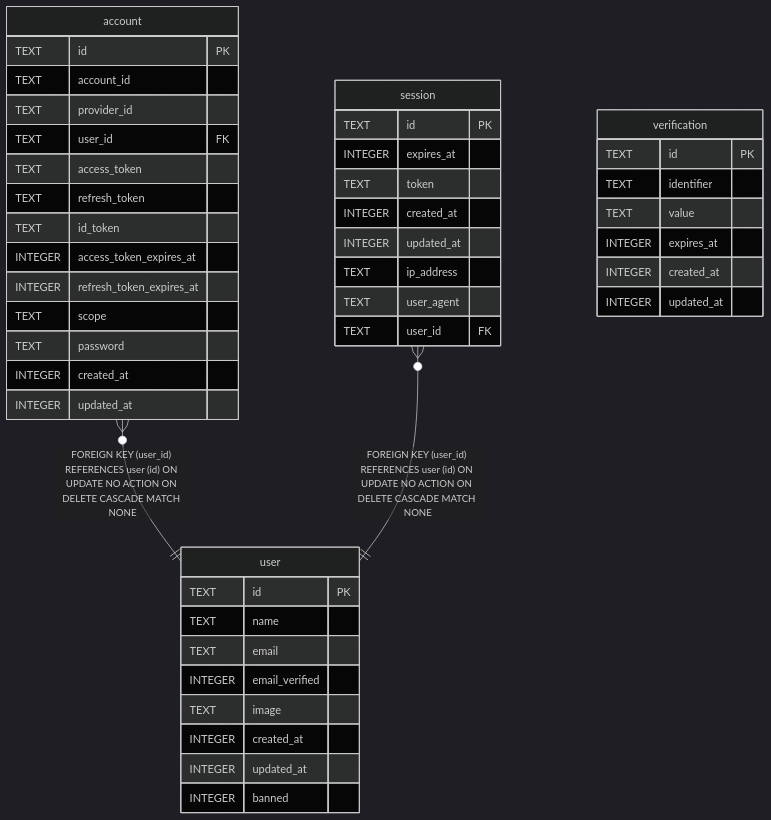
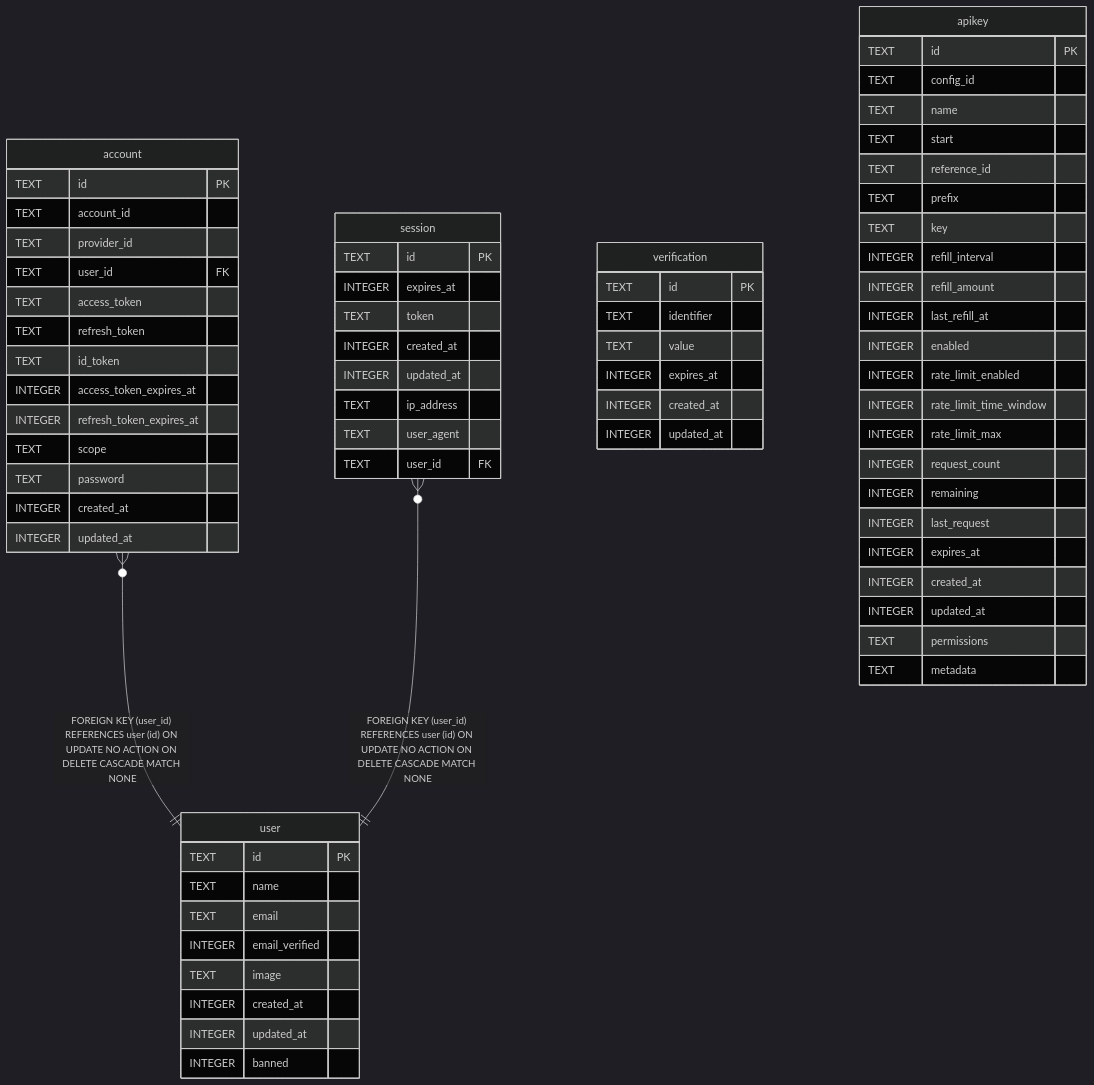
One commit to ktbhealth/docs changed the diagram in content/docs/en/developers/plugins/auth/reference/schema.mmd. Above: the diagram before and after it, drawn with Mermaid (dark theme). The commit also changed 87 other files, not shown here.

First line of the commit message:
docs(eval): erd pages for eval + apikey tables

```diff
--- a/content/docs/en/developers/plugins/auth/reference/schema.mmd
+++ b/content/docs/en/developers/plugins/auth/reference/schema.mmd
@@ -1,48 +1,72 @@
 erDiagram
 
 "account" }o--|| "user" : "FOREIGN KEY (user_id) REFERENCES user (id) ON UPDATE NO ACTION ON DELETE CASCADE MATCH NONE"
 "session" }o--|| "user" : "FOREIGN KEY (user_id) REFERENCES user (id) ON UPDATE NO ACTION ON DELETE CASCADE MATCH NONE"
 
 "account" {
   TEXT id PK
   TEXT account_id
   TEXT provider_id
   TEXT user_id FK
   TEXT access_token
   TEXT refresh_token
   TEXT id_token
   INTEGER access_token_expires_at
   INTEGER refresh_token_expires_at
   TEXT scope
   TEXT password
   INTEGER created_at
   INTEGER updated_at
 }
 "session" {
   TEXT id PK
   INTEGER expires_at
   TEXT token
   INTEGER created_at
   INTEGER updated_at
   TEXT ip_address
   TEXT user_agent
   TEXT user_id FK
 }
 "user" {
   TEXT id PK
   TEXT name
   TEXT email
   INTEGER email_verified
   TEXT image
   INTEGER created_at
   INTEGER updated_at
   INTEGER banned
 }
 "verification" {
   TEXT id PK
   TEXT identifier
   TEXT value
   INTEGER expires_at
   INTEGER created_at
   INTEGER updated_at
 }
+"apikey" {
+  TEXT id PK
+  TEXT config_id
+  TEXT name
+  TEXT start
+  TEXT reference_id
+  TEXT prefix
+  TEXT key
+  INTEGER refill_interval
+  INTEGER refill_amount
+  INTEGER last_refill_at
+  INTEGER enabled
+  INTEGER rate_limit_enabled
+  INTEGER rate_limit_time_window
+  INTEGER rate_limit_max
+  INTEGER request_count
+  INTEGER remaining
+  INTEGER last_request
+  INTEGER expires_at
+  INTEGER created_at
+  INTEGER updated_at
+  TEXT permissions
+  TEXT metadata
+}
```
